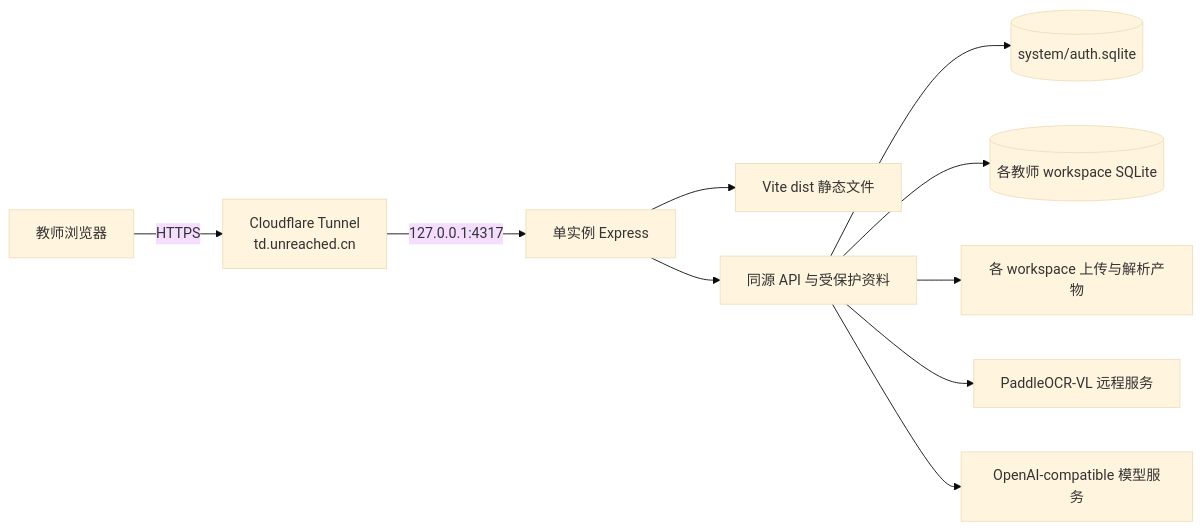
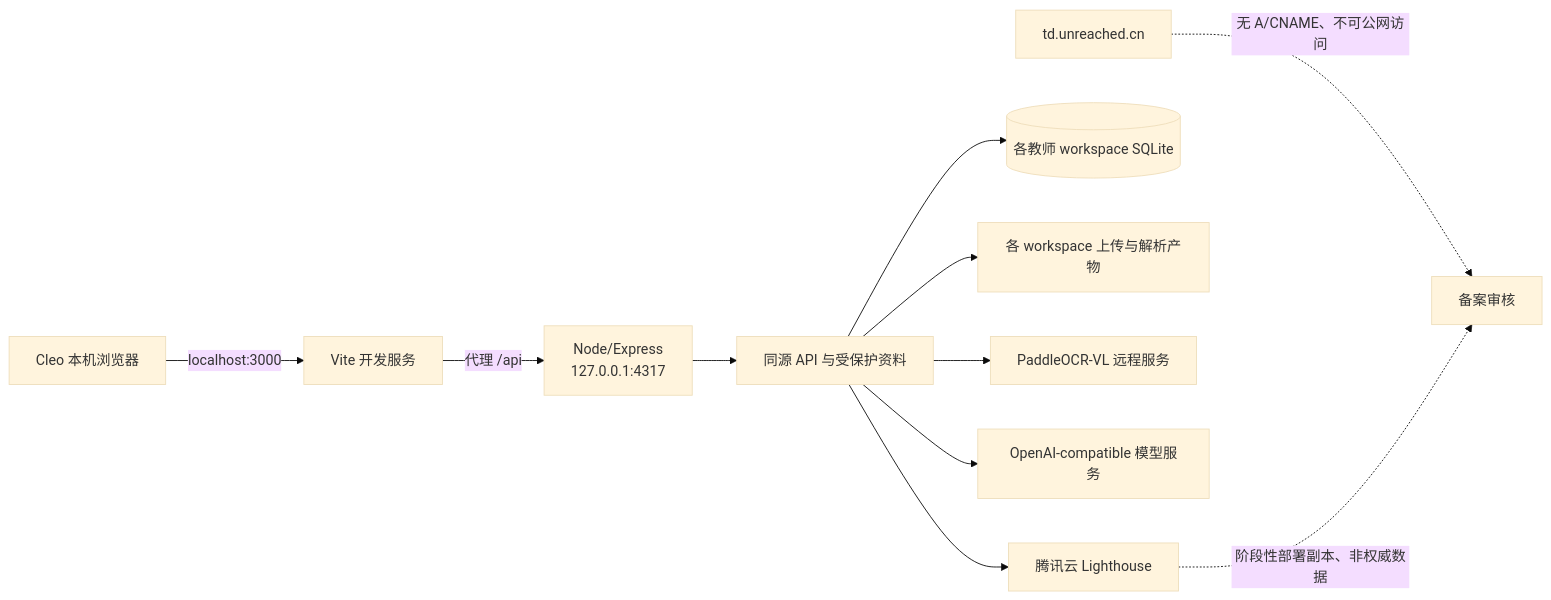
One commit to CXC0515/demo changed the diagram in docs/PROJECT_HANDOFF.md. Above: the diagram before and after it, drawn with Mermaid (base theme). The commit also changed other lines of this file and 2 other files, not shown here.

````diff
--- a/docs/PROJECT_HANDOFF.md
+++ b/docs/PROJECT_HANDOFF.md
@@ -28,12 +29,13 @@
 ```mermaid
 flowchart LR
-    U[教师浏览器] -->|HTTPS| C[Cloudflare Tunnel<br/>td.unreached.cn]
-    C -->|127.0.0.1:4317| E[单实例 Express]
-    E --> V[Vite dist 静态文件]
+    U[Cleo 本机浏览器] -->|localhost:3000| V[Vite 开发服务]
+    V -->|代理 /api| E[Node/Express<br/>127.0.0.1:4317]
     E --> A[同源 API 与受保护资料]
     A --> S[(system/auth.sqlite)]
     A --> W[(各教师 workspace SQLite)]
     A --> F[各 workspace 上传与解析产物]
     A --> P[PaddleOCR-VL 远程服务]
     A --> M[OpenAI-compatible 模型服务]
+    D[td.unreached.cn] -.无 A/CNAME、不可公网访问.-> O[备案审核]
+    S[腾讯云 Lighthouse] -.阶段性部署副本、非权威数据.-> O
 ```
````
